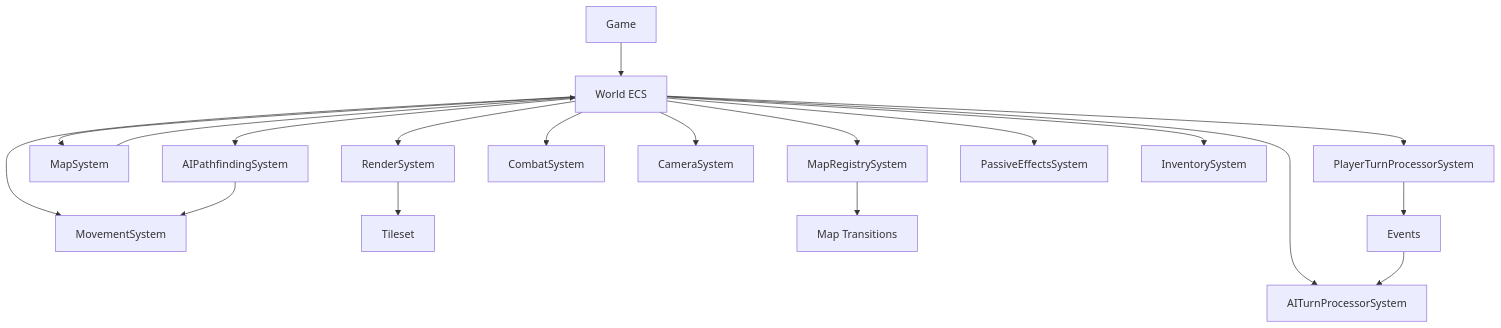
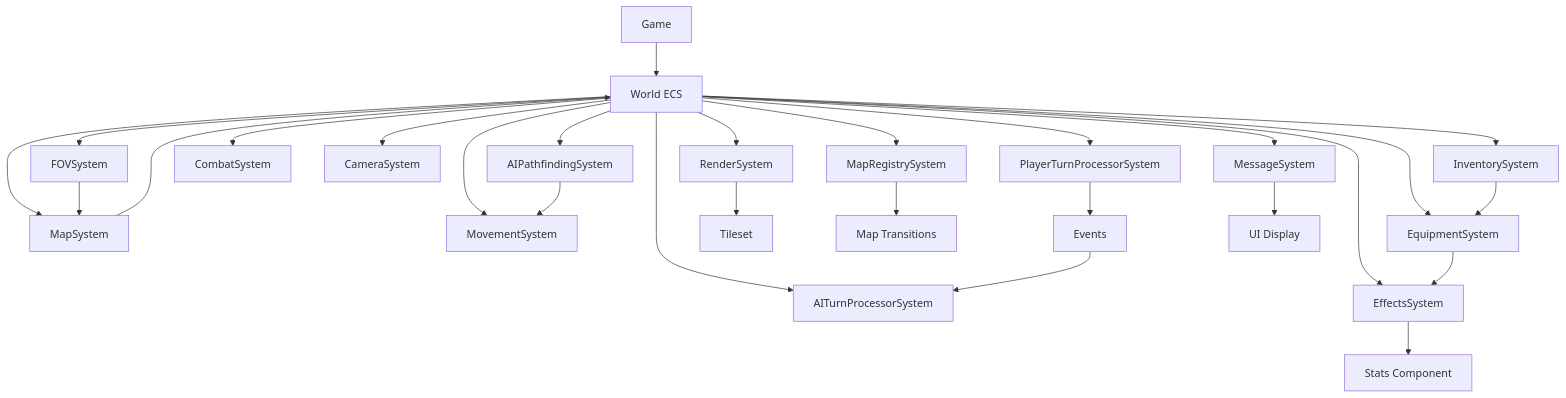
Before and after one commit to denialofself/Gearworld: the third of 6 diagrams in README.md, drawn with Mermaid. The commit also changed other lines of this file, not shown here.

````diff
--- a/README.md
+++ b/README.md
@@ -163,23 +192,31 @@
 ```mermaid
 graph TD
     Game[Game] --> World[World ECS]
     
     World --> RenderSystem[RenderSystem]
     World --> MapSystem[MapSystem]
     World --> MapRegistrySystem[MapRegistrySystem]
     World --> MovementSystem[MovementSystem]
     World --> PlayerTurnSystem[PlayerTurnProcessorSystem]
     World --> CombatSystem[CombatSystem]
     World --> CameraSystem[CameraSystem]
     World --> AIPathfindingSystem[AIPathfindingSystem]
     World --> AITurnSystem[AITurnProcessorSystem]
-    World --> PassiveEffectsSystem[PassiveEffectsSystem]
+    World --> EffectsSystem[EffectsSystem]
     World --> InventorySystem[InventorySystem]
+    World --> EquipmentSystem[EquipmentSystem]
+    World --> FOVSystem[FOVSystem]
+    World --> MessageSystem[MessageSystem]
     
     RenderSystem --> Tileset[Tileset]
     MapRegistrySystem --> MapTransitions[Map Transitions]
     MapSystem --> World
     AIPathfindingSystem --> MovementSystem
     PlayerTurnSystem --> Events[Events]
     Events --> AITurnSystem
+    EquipmentSystem --> EffectsSystem
+    EffectsSystem --> Stats[Stats Component]
+    InventorySystem --> EquipmentSystem
+    FOVSystem --> MapSystem
+    MessageSystem --> UI[UI Display]
 ```
````
